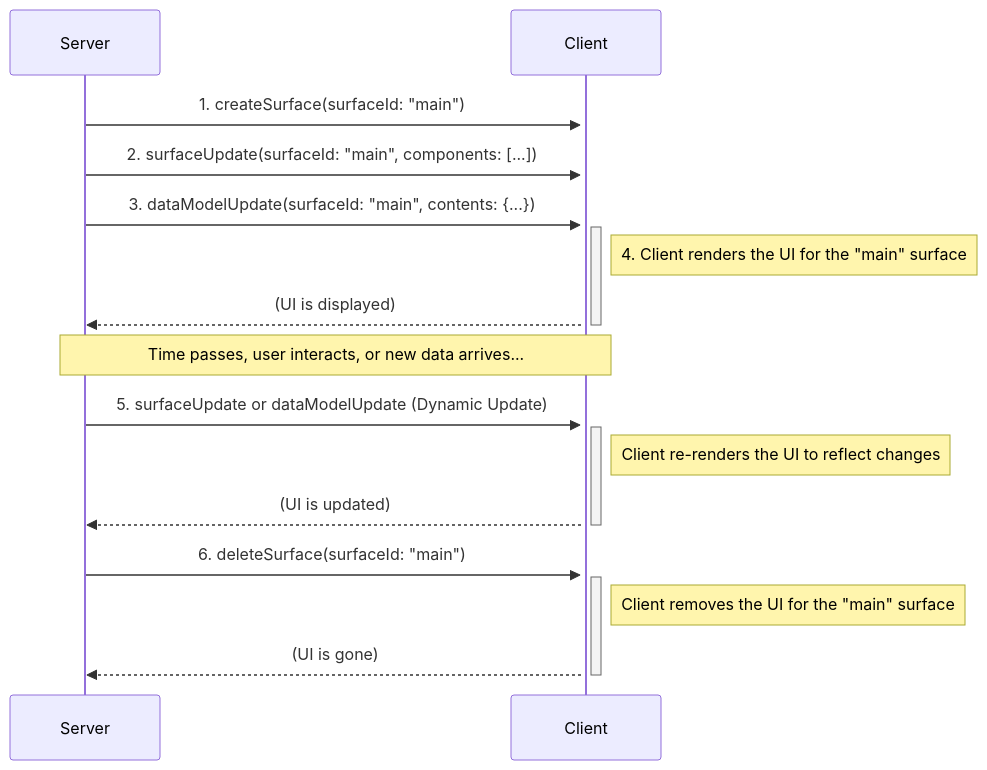
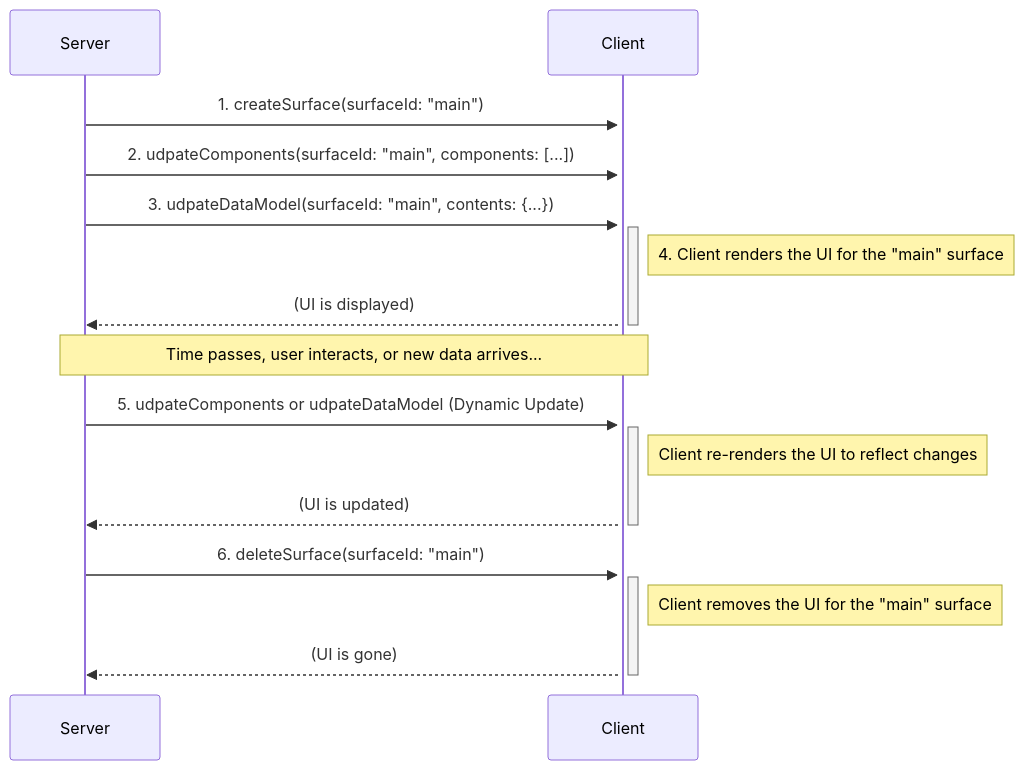
The first of 2 diagrams in specification/0.9/docs/a2ui_protocol.md (google/A2UI), drawn with Mermaid before and after one commit. The commit also changed other lines of this file and 7 other files, not shown here.

````diff
--- a/specification/0.9/docs/a2ui_protocol.md
+++ b/specification/0.9/docs/a2ui_protocol.md
@@ -57,21 +57,21 @@
 ```mermaid
 sequenceDiagram
     participant Server
     participant Client
 
     Server->>+Client: 1. createSurface(surfaceId: "main")
-    Server->>+Client: 2. surfaceUpdate(surfaceId: "main", components: [...])
-    Server->>+Client: 3. dataModelUpdate(surfaceId: "main", contents: {...})
+    Server->>+Client: 2. udpateComponents(surfaceId: "main", components: [...])
+    Server->>+Client: 3. udpateDataModel(surfaceId: "main", contents: {...})
     Note right of Client: 4. Client renders the UI for the "main" surface
     Client-->>-Server: (UI is displayed)
 
     Note over Client, Server: Time passes, user interacts, or new data arrives...
 
-    Server->>+Client: 5. surfaceUpdate or dataModelUpdate (Dynamic Update)
+    Server->>+Client: 5. udpateComponents or udpateDataModel (Dynamic Update)
     Note right of Client: Client re-renders the UI to reflect changes
     Client-->>-Server: (UI is updated)
 
     Server->>+Client: 6. deleteSurface(surfaceId: "main")
     Note right of Client: Client removes the UI for the "main" surface
     Client-->>-Server: (UI is gone)
 ```
````
